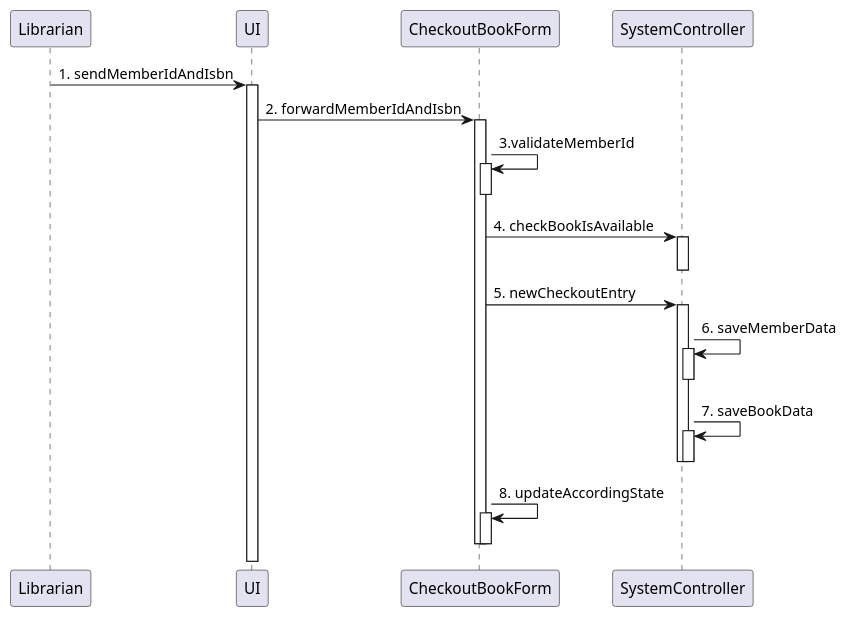
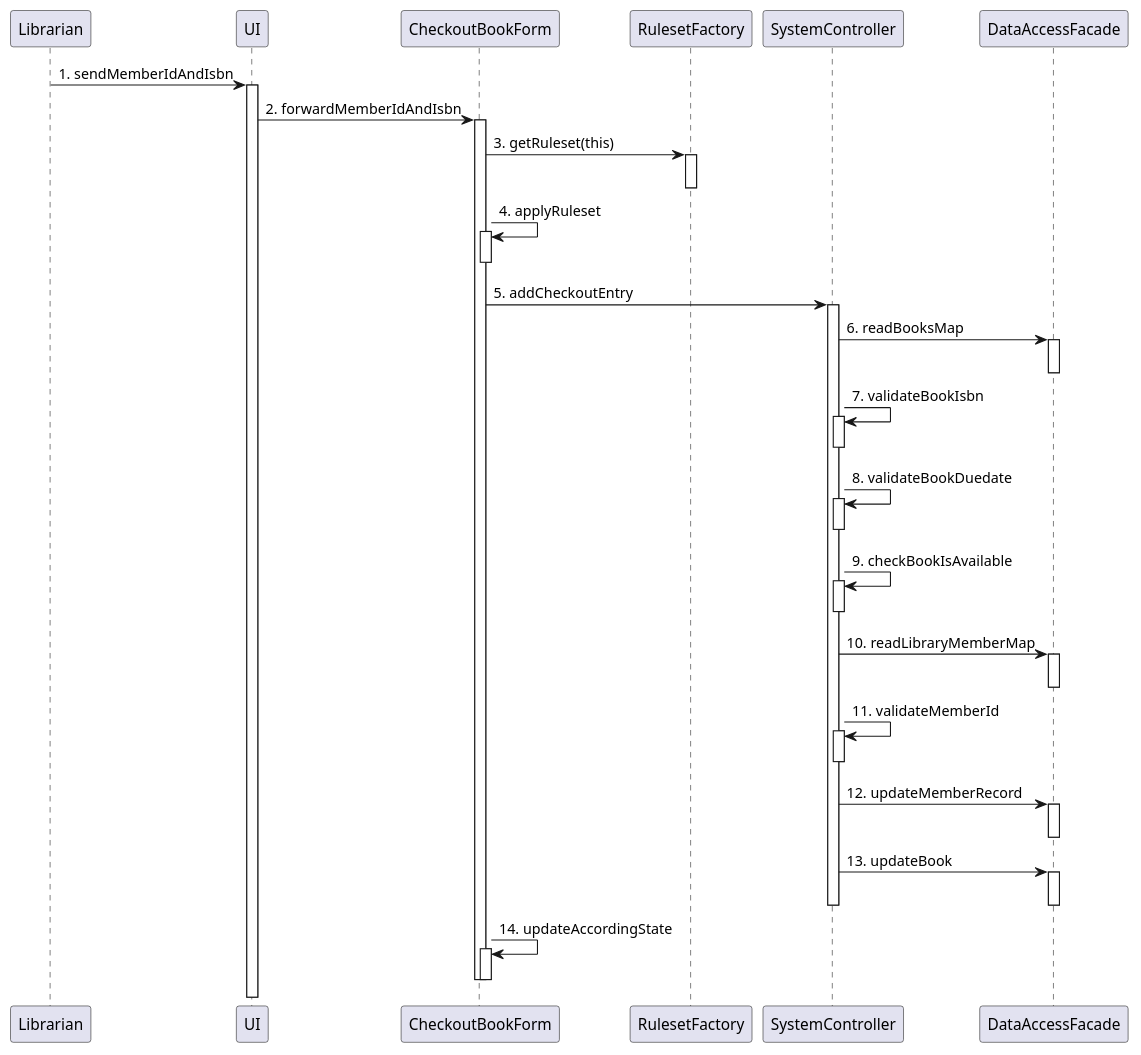
Before and after one commit to vohoangxuan/LibraryProject: the diagram in doc/UC3_seq copy.puml, drawn with PlantUML. The commit also changed 11 other files, not shown here.

```diff
--- a/doc/UC3_seq copy.puml
+++ b/doc/UC3_seq copy.puml
@@ -1,29 +1,45 @@
 @startuml
 participant Librarian
 
 Librarian -> UI: 1. sendMemberIdAndIsbn
 activate UI
 UI -> CheckoutBookForm: 2. forwardMemberIdAndIsbn
 activate CheckoutBookForm
-CheckoutBookForm -> CheckoutBookForm: 3.validateMemberId
+CheckoutBookForm -> RulesetFactory: 3. getRuleset(this)
+activate RulesetFactory
+deactivate RulesetFactory
+CheckoutBookForm -> CheckoutBookForm: 4. applyRuleset
 activate CheckoutBookForm
 deactivate CheckoutBookForm
-CheckoutBookForm -> SystemController: 4. checkBookIsAvailable
-' activate CheckoutBookForm
-' deactivate CheckoutBookForm
+CheckoutBookForm -> SystemController: 5. addCheckoutEntry
+activate SystemController
+SystemController -> DataAccessFacade: 6. readBooksMap
+activate DataAccessFacade
+deactivate DataAccessFacade
+SystemController -> SystemController: 7. validateBookIsbn
 activate SystemController
 deactivate SystemController
-CheckoutBookForm -> SystemController: 5. newCheckoutEntry
-activate SystemController
-SystemController -> SystemController: 6. saveMemberData
+SystemController -> SystemController: 8. validateBookDuedate
 activate SystemController
 deactivate SystemController
-SystemController -> SystemController: 7. saveBookData
+SystemController -> SystemController: 9. checkBookIsAvailable
 activate SystemController
 deactivate SystemController
+SystemController -> DataAccessFacade: 10. readLibraryMemberMap
+activate DataAccessFacade
+deactivate DataAccessFacade
+SystemController -> SystemController: 11. validateMemberId
+activate SystemController
 deactivate SystemController
-CheckoutBookForm -> CheckoutBookForm: 8. updateAccordingState
+SystemController -> DataAccessFacade: 12. updateMemberRecord
+activate DataAccessFacade
+deactivate DataAccessFacade
+SystemController -> DataAccessFacade: 13. updateBook
+activate DataAccessFacade
+deactivate DataAccessFacade
+deactivate SystemController
+CheckoutBookForm -> CheckoutBookForm: 14. updateAccordingState
 activate CheckoutBookForm
 deactivate CheckoutBookForm
 deactivate CheckoutBookForm
 @enduml
```
